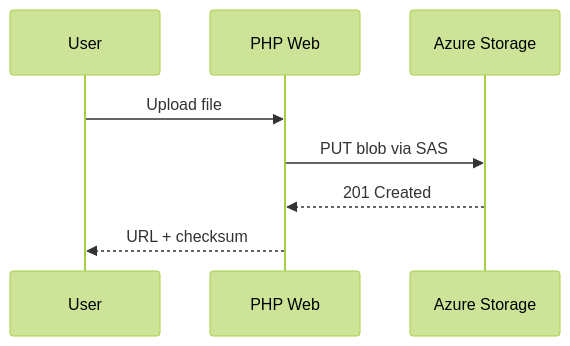
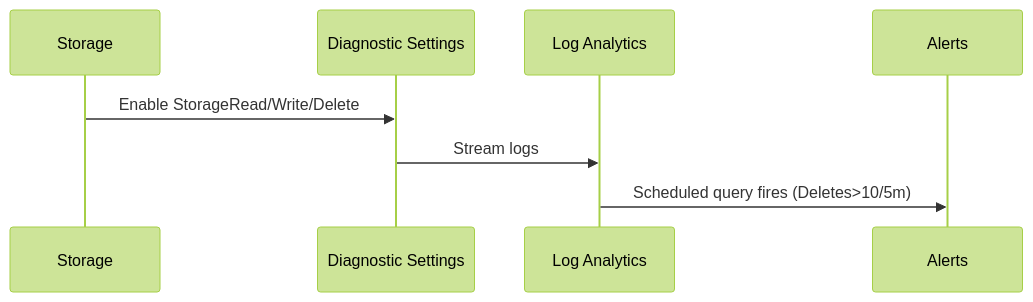
One commit to heisthesisko/azure-se-bootcamp changed the diagram in Azure_Storage/assets/diagrams/module14_sequence.mmd. Above: the diagram before and after it, drawn with Mermaid (forest theme). The commit also changed 213 other files, not shown here.

```diff
--- a/Azure_Storage/assets/diagrams/module14_sequence.mmd
+++ b/Azure_Storage/assets/diagrams/module14_sequence.mmd
@@ -1,8 +1,8 @@
 sequenceDiagram
-  participant User
-  participant Web as PHP Web
-  participant SA as Azure Storage
-  User->>Web: Upload file
-  Web->>SA: PUT blob via SAS
-  SA-->>Web: 201 Created
-  Web-->>User: URL + checksum
+  participant SA as Storage
+  participant Diag as Diagnostic Settings
+  participant LA as Log Analytics
+  participant Alerts
+  SA->>Diag: Enable StorageRead/Write/Delete
+  Diag->>LA: Stream logs
+  LA->>Alerts: Scheduled query fires (Deletes>10/5m)
```
